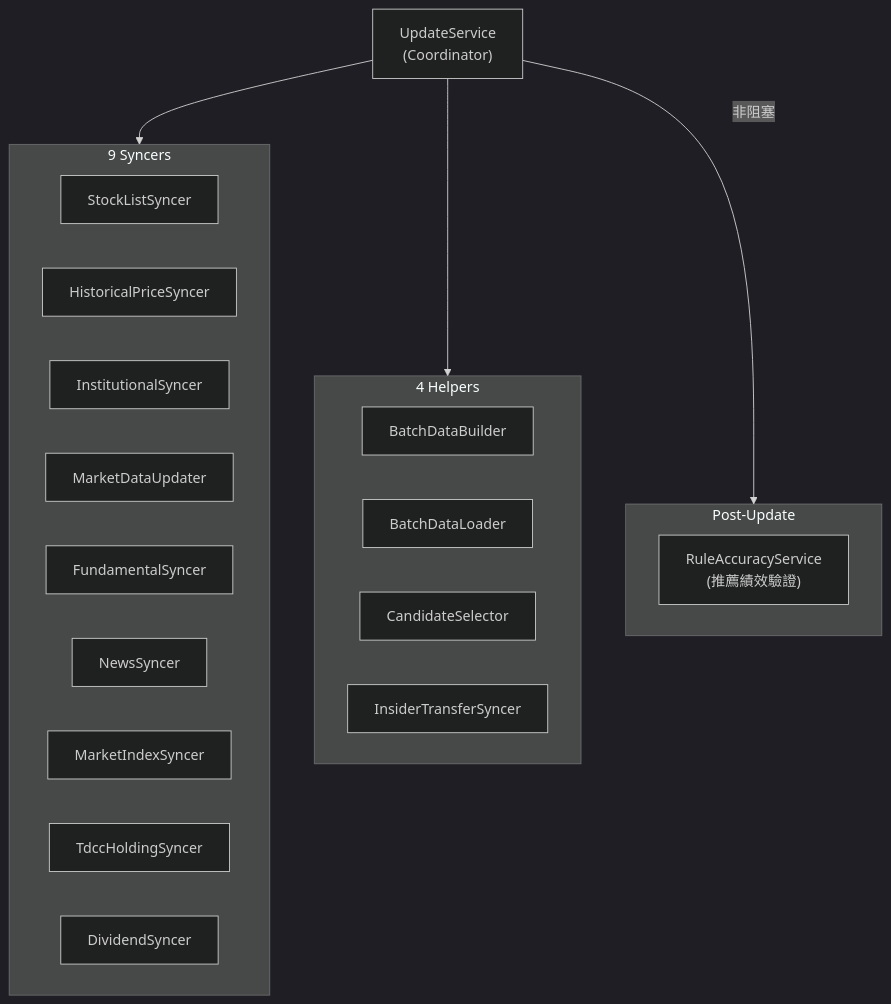
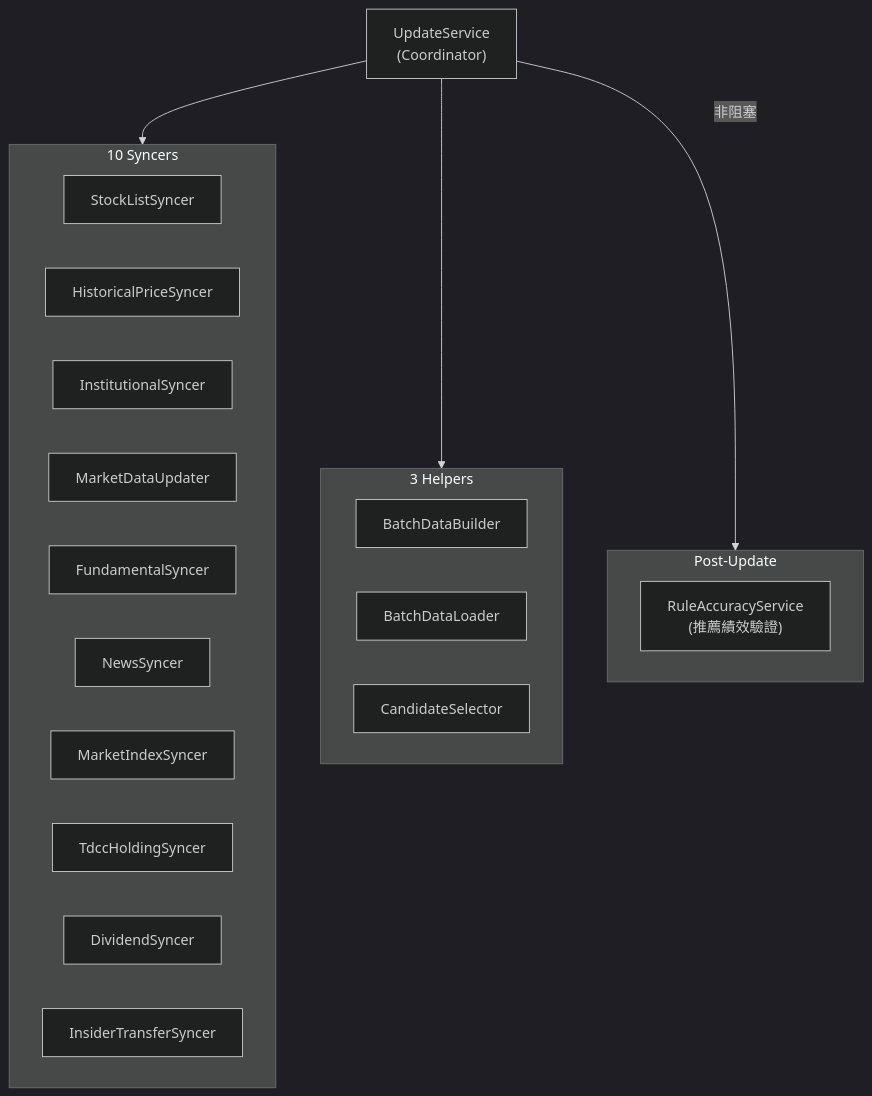
The diagram in .claude/rules/update-pipeline.md (Neal75418/afterclose), drawn with Mermaid before and after one commit. The commit also changed other lines of this file and 2 other files, not shown here.

Commit message:
docs(update): reclassify InsiderTransferSyncer as 10th syncer (LOW update)
Architecture review LOW：InsiderTransferSyncer 被誤分類為 4th helper，
實際上它跟其他 syncer 一樣從外部 API (TPEx) 拉資料並寫 DB，職責跟
BatchDataBuilder / BatchDataLoader / CandidateSelector（in-memory 處理）
完全不同。

更新 `.claude/rules/update-pipeline.md` 的 mermaid 與文字描述、CLAUDE.md
重點路徑表，從 "9 syncers + 4 helpers" 改成 "10 syncers + 3 helpers"。

同步加 `update_service.dart` 內 `force: true` 一行的內聯註解，說明此處
硬寫是刻意（當沖/融資/融券 batch API 免費無配額、每次都需要刷新）而非
忘記用 `ctx.force`。

純 docs/comment 變更，無 logic 改動。

````diff
--- a/.claude/rules/update-pipeline.md
+++ b/.claude/rules/update-pipeline.md
@@ -13,32 +13,32 @@
 ```mermaid
 %%{init: {'theme': 'dark'}}%%
 graph TB
     US["UpdateService<br/>(Coordinator)"]
 
-    subgraph Syncers["9 Syncers"]
+    subgraph Syncers["10 Syncers"]
         SLS["StockListSyncer"]
         HPS["HistoricalPriceSyncer"]
         IS["InstitutionalSyncer"]
         MDU["MarketDataUpdater"]
         FS["FundamentalSyncer"]
         NS["NewsSyncer"]
         MIS["MarketIndexSyncer"]
         THS["TdccHoldingSyncer"]
         DS["DividendSyncer"]
+        ITS["InsiderTransferSyncer"]
     end
 
-    subgraph Helpers["4 Helpers"]
+    subgraph Helpers["3 Helpers"]
         BDB["BatchDataBuilder"]
         BDL["BatchDataLoader"]
         CS["CandidateSelector"]
-        ITS["InsiderTransferSyncer"]
     end
 
     subgraph PostUpdate["Post-Update"]
         RAS["RuleAccuracyService<br/>(推薦績效驗證)"]
     end
 
     US --> Syncers
     US --> Helpers
     US -->|非阻塞| PostUpdate
 ```
````
